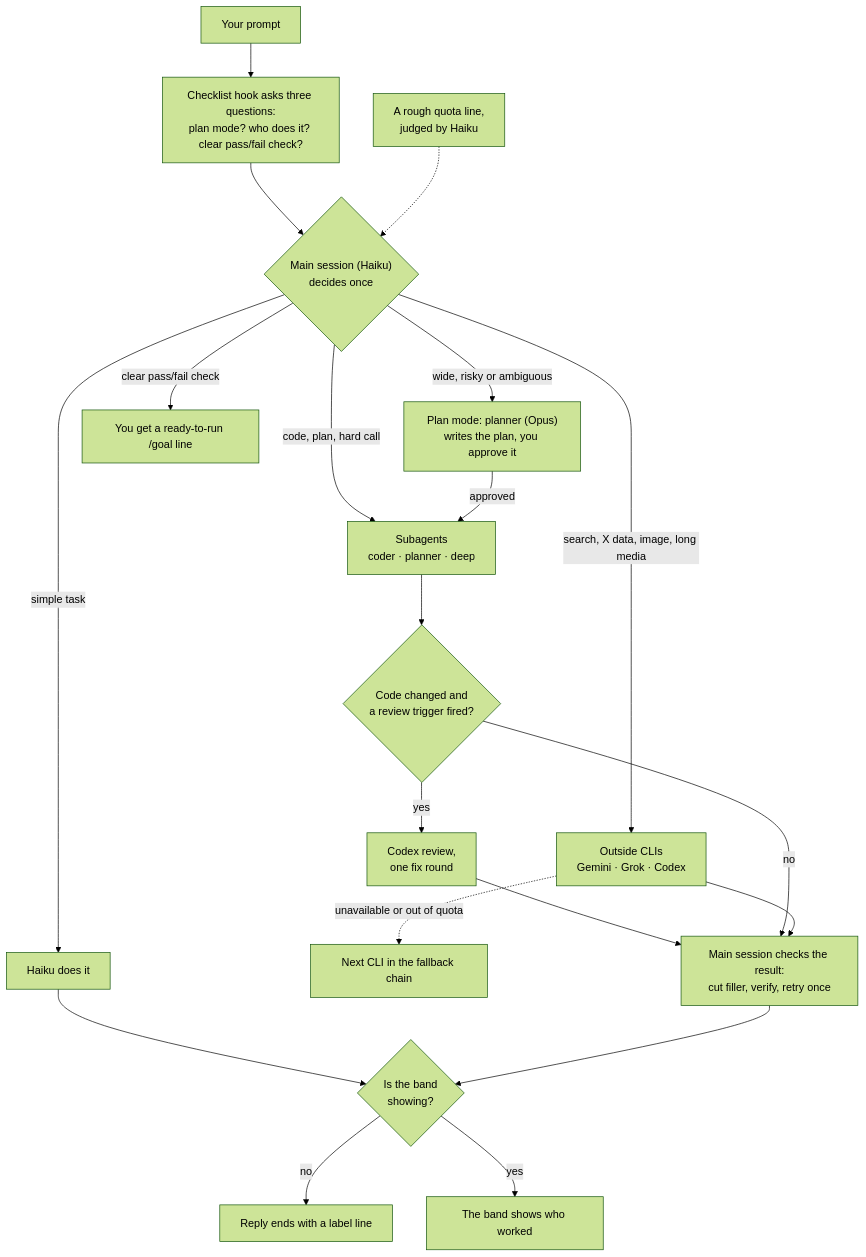
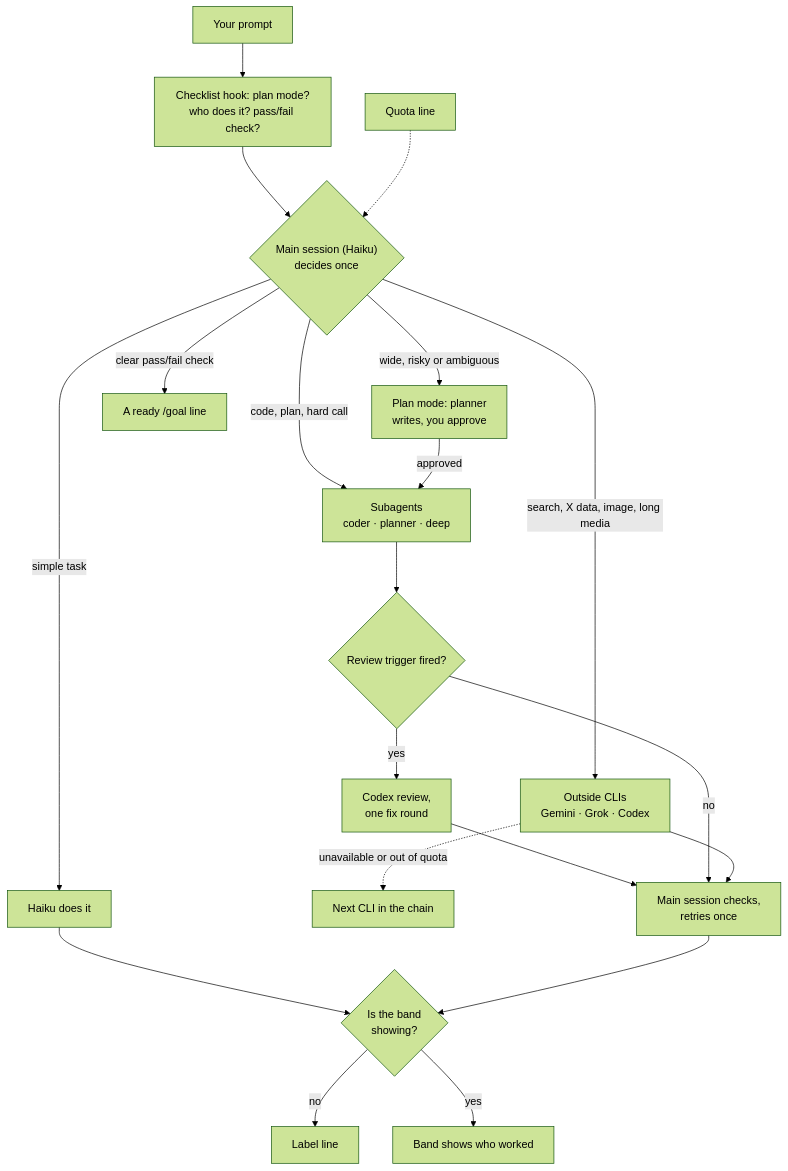
Before and after one commit to Brulek/claude-router: the diagram in README.md, drawn with Mermaid (forest theme). The commit also changed other lines of this file and 1 other file, not shown here.

Commit message:
README: cut to essentials, both languages

````diff
--- a/README.md
+++ b/README.md
@@ -17,37 +17,37 @@
 ```mermaid
 flowchart TD
     IN["Your prompt"]
-    HOOK["Checklist hook asks three questions:<br/>plan mode? who does it? clear pass/fail check?"]
-    QUOTA["A rough quota line,<br/>judged by Haiku"]
+    HOOK["Checklist hook: plan mode?<br/>who does it? pass/fail check?"]
+    QUOTA["Quota line"]
     TRIAGE{"Main session (Haiku)<br/>decides once"}
-    PLAN["Plan mode: planner (Opus)<br/>writes the plan, you approve it"]
-    GOAL["You get a ready-to-run /goal line"]
+    PLAN["Plan mode: planner<br/>writes, you approve"]
+    GOAL["A ready /goal line"]
     SELF["Haiku does it"]
     SUB["Subagents<br/>coder · planner · deep"]
     CLI["Outside CLIs<br/>Gemini · Grok · Codex"]
-    NEXT["Next CLI in the fallback chain"]
-    REV{"Code changed and<br/>a review trigger fired?"}
+    NEXT["Next CLI in the chain"]
+    REV{"Review trigger fired?"}
     CODEX["Codex review,<br/>one fix round"]
-    CHECK["Main session checks the result:<br/>cut filler, verify, retry once"]
+    CHECK["Main session checks,<br/>retries once"]
     BAND{"Is the band<br/>showing?"}
-    LABEL["Reply ends with a label line"]
-    SHOWN["The band shows who worked"]
+    LABEL["Label line"]
+    SHOWN["Band shows who worked"]
 
     IN --> HOOK --> TRIAGE
     QUOTA -.-> TRIAGE
     TRIAGE -->|"wide, risky or ambiguous"| PLAN
     TRIAGE -->|"clear pass/fail check"| GOAL
     TRIAGE -->|"simple task"| SELF
     TRIAGE -->|"code, plan, hard call"| SUB
     TRIAGE -->|"search, X data, image, long media"| CLI
     PLAN -->|"approved"| SUB
     CLI -.->|"unavailable or out of quota"| NEXT
     SUB --> REV
     REV -->|"yes"| CODEX --> CHECK
     REV -->|"no"| CHECK
     CLI --> CHECK
     SELF --> BAND
     CHECK --> BAND
     BAND -->|"no"| LABEL
     BAND -->|"yes"| SHOWN
 ```
````
